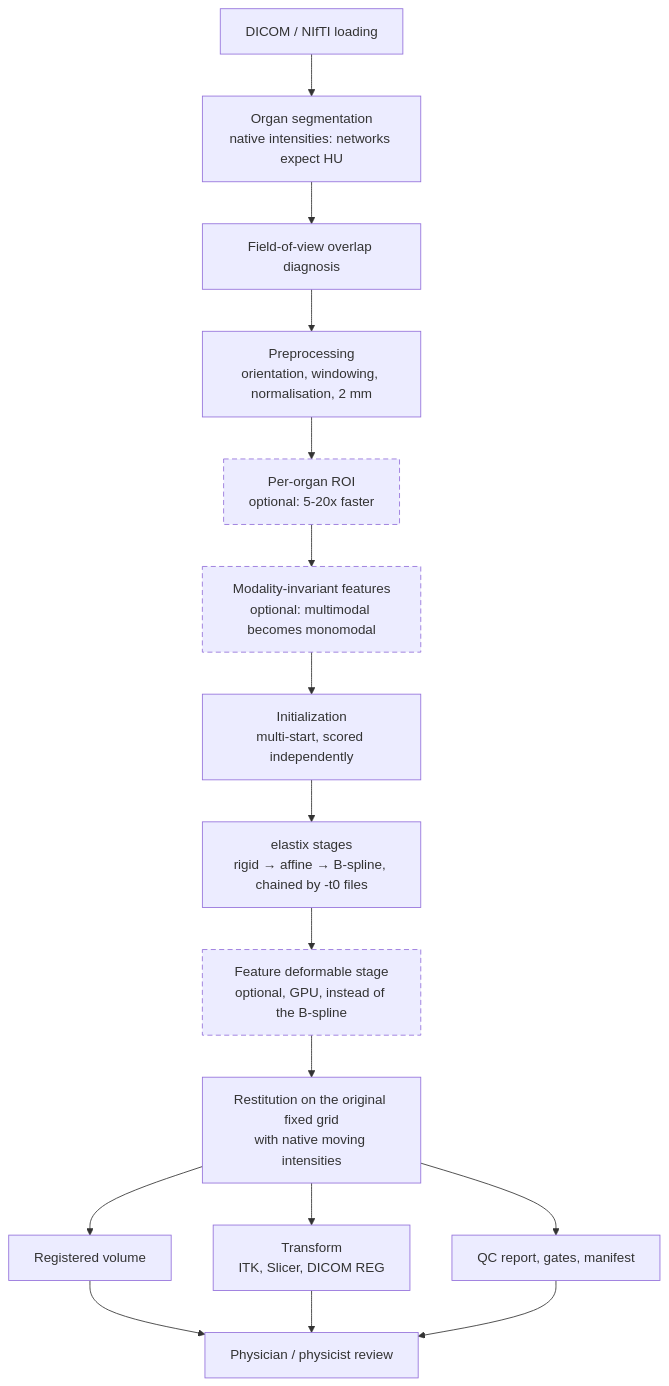
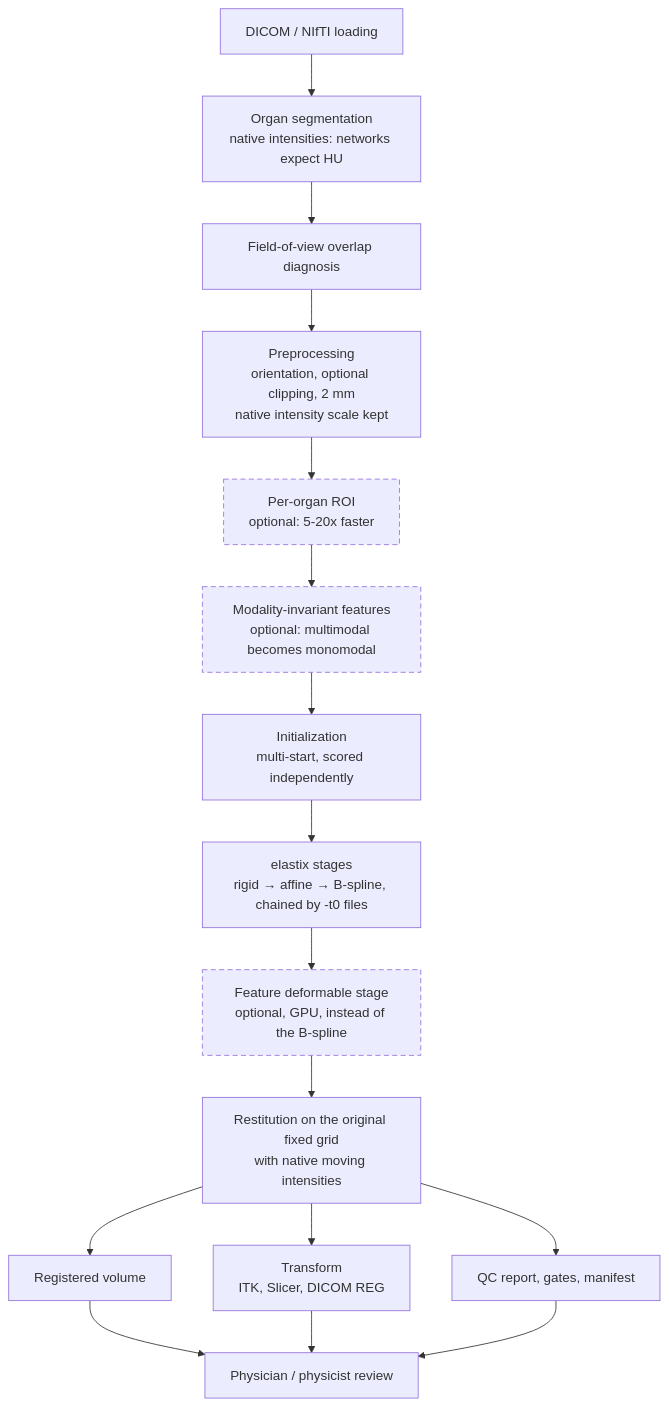
Before and after one commit to Thibescobar/regix: the diagram in README.md, drawn with Mermaid. The commit also changed other lines of this file and 4 other files, not shown here.

````diff
--- a/README.md
+++ b/README.md
@@ -255,29 +257,29 @@
 ```mermaid
 flowchart TD
     load["DICOM / NIfTI loading"]
     seg["Organ segmentation<br/>native intensities: networks expect HU"]
     fov["Field-of-view overlap diagnosis"]
-    prep["Preprocessing<br/>orientation, windowing, normalisation, 2 mm"]
+    prep["Preprocessing<br/>orientation, optional clipping, 2 mm<br/>native intensity scale kept"]
     roi["Per-organ ROI<br/>optional: 5-20x faster"]
     feat["Modality-invariant features<br/>optional: multimodal becomes monomodal"]
     init["Initialization<br/>multi-start, scored independently"]
     elx["elastix stages<br/>rigid → affine → B-spline, chained by -t0 files"]
     adam["Feature deformable stage<br/>optional, GPU, instead of the B-spline"]
     rest["Restitution on the original fixed grid<br/>with native moving intensities"]
 
     vol["Registered volume"]
     tfm["Transform<br/>ITK, Slicer, DICOM REG"]
     qc["QC report, gates, manifest"]
     review["Physician / physicist review"]
 
     load --> seg --> fov --> prep --> roi --> feat --> init --> elx --> adam --> rest
     rest --> vol
     rest --> tfm
     rest --> qc
     vol --> review
     tfm --> review
     qc --> review
 
     classDef optional stroke-dasharray: 6 4
     class roi,feat,adam optional
 ```
````
